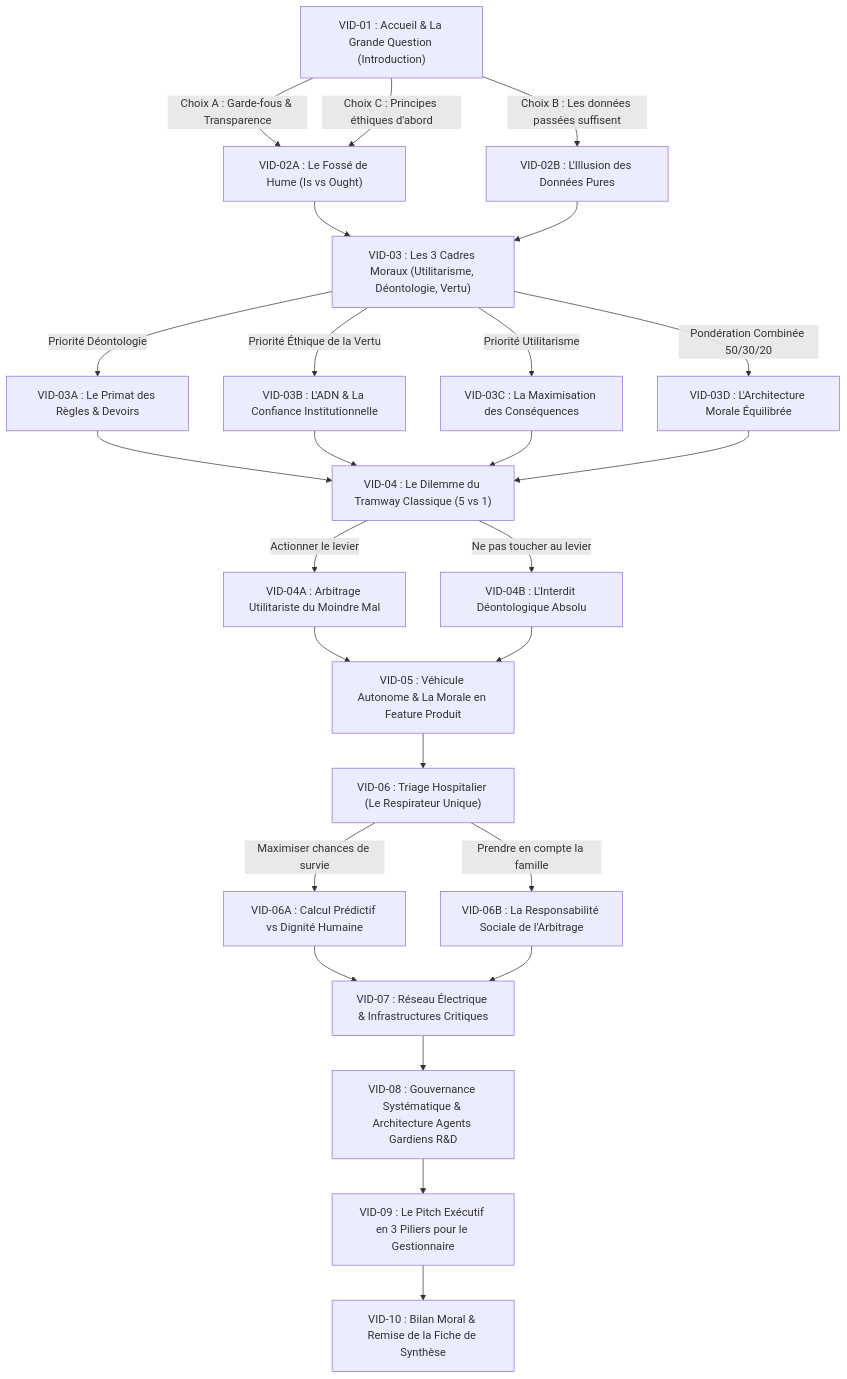
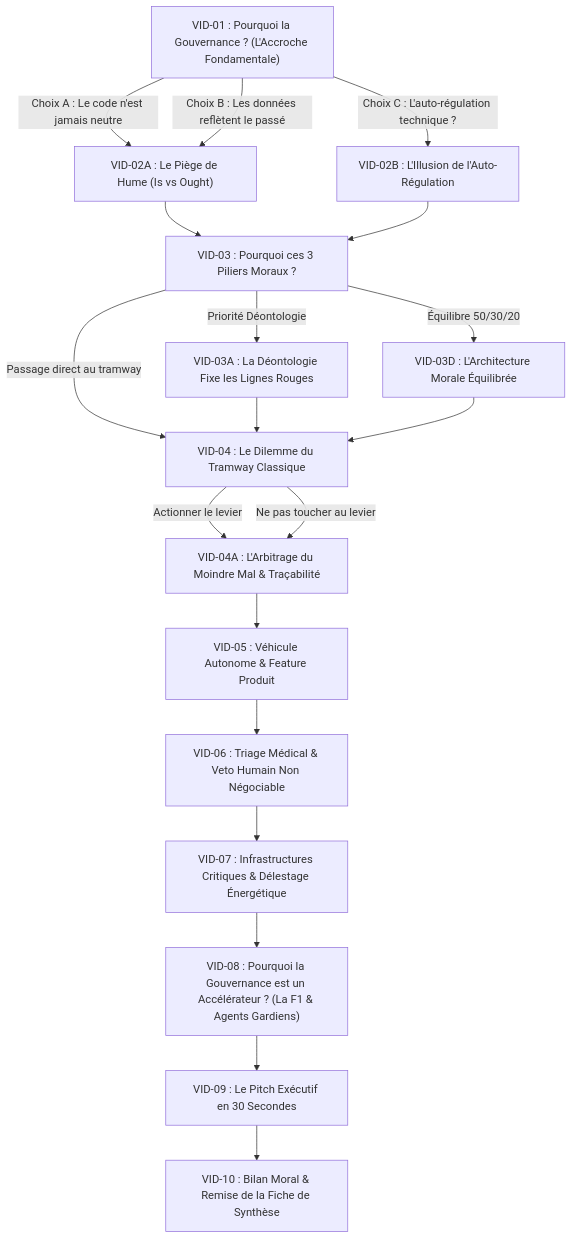
The second of 2 diagrams in Scenarisation_Synthesia_Capsules_Interactives_Ethique_IA.md (mustapha0101/TourGouvernanceSAAQ), drawn with Mermaid before and after one commit. The commit also changed other lines of this file and 1 other file, not shown here.

Commit message:
feat(saaq): cycle interactif vidéo d'abord -> question & options -> réponse IA -> vidéo suivante sous l'angle Pourquoi la gouvernance

````diff
--- a/Scenarisation_Synthesia_Capsules_Interactives_Ethique_IA.md
+++ b/Scenarisation_Synthesia_Capsules_Interactives_Ethique_IA.md
@@ -17,36 +35,26 @@
 ```mermaid
 graph TD
-    VID01["VID-01 : Accueil & La Grande Question (Introduction)"] --> |Choix A : Garde-fous & Transparence| VID02A["VID-02A : Le Fossé de Hume (Is vs Ought)"]
-    VID01 --> |Choix B : Les données passées suffisent| VID02B["VID-02B : L'Illusion des Données Pures"]
-    VID01 --> |Choix C : Principes éthiques d'abord| VID02A
+    VID01["VID-01 : Pourquoi la Gouvernance ? (L'Accroche Fondamentale)"] -->|Choix A : Le code n'est jamais neutre| VID02A["VID-02A : Le Piège de Hume (Is vs Ought)"]
+    VID01 -->|Choix B : Les données reflètent le passé| VID02A
+    VID01 -->|Choix C : L'auto-régulation technique ?| VID02B["VID-02B : L'Illusion de l'Auto-Régulation"]
     
-    VID02A --> VID03["VID-03 : Les 3 Cadres Moraux (Utilitarisme, Déontologie, Vertu)"]
+    VID02A --> VID03["VID-03 : Pourquoi ces 3 Piliers Moraux ?"]
     VID02B --> VID03
     
-    VID03 --> |Priorité Déontologie| VID03A["VID-03A : Le Primat des Règles & Devoirs"]
-    VID03 --> |Priorité Éthique de la Vertu| VID03B["VID-03B : L'ADN & La Confiance Institutionnelle"]
-    VID03 --> |Priorité Utilitarisme| VID03C["VID-03C : La Maximisation des Conséquences"]
-    VID03 --> |Pondération Combinée 50/30/20| VID03D["VID-03D : L'Architecture Morale Équilibrée"]
+    VID03 -->|Priorité Déontologie| VID03A["VID-03A : La Déontologie Fixe les Lignes Rouges"]
+    VID03 -->|Équilibre 50/30/20| VID03D["VID-03D : L'Architecture Morale Équilibrée"]
+    VID03 -->|Passage direct au tramway| VID04["VID-04 : Le Dilemme du Tramway Classique"]
     
-    VID03A --> VID04["VID-04 : Le Dilemme du Tramway Classique (5 vs 1)"]
-    VID03B --> VID04
-    VID03C --> VID04
+    VID03A --> VID04
     VID03D --> VID04
     
-    VID04 --> |Actionner le levier| VID04A["VID-04A : Arbitrage Utilitariste du Moindre Mal"]
-    VID04 --> |Ne pas toucher au levier| VID04B["VID-04B : L'Interdit Déontologique Absolu"]
+    VID04 -->|Actionner le levier| VID04A["VID-04A : L'Arbitrage du Moindre Mal & Traçabilité"]
+    VID04 -->|Ne pas toucher au levier| VID04A
     
-    VID04A --> VID05["VID-05 : Véhicule Autonome & La Morale en Feature Produit"]
-    VID04B --> VID05
-    
-    VID05 --> VID06["VID-06 : Triage Hospitalier (Le Respirateur Unique)"]
-    VID06 --> |Maximiser chances de survie| VID06A["VID-06A : Calcul Prédictif vs Dignité Humaine"]
-    VID06 --> |Prendre en compte la famille| VID06B["VID-06B : La Responsabilité Sociale de l'Arbitrage"]
-    
-    VID06A --> VID07["VID-07 : Réseau Électrique & Infrastructures Critiques"]
-    VID06B --> VID07
-    
-    VID07 --> VID08["VID-08 : Gouvernance Systématique & Architecture Agents Gardiens R&D"]
-    VID08 --> VID09["VID-09 : Le Pitch Exécutif en 3 Piliers pour le Gestionnaire"]
+    VID04A --> VID05["VID-05 : Véhicule Autonome & Feature Produit"]
+    VID05 --> VID06["VID-06 : Triage Médical & Veto Humain Non Négociable"]
+    VID06 --> VID07["VID-07 : Infrastructures Critiques & Délestage Énergétique"]
+    VID07 --> VID08["VID-08 : Pourquoi la Gouvernance est un Accélérateur ? (La F1 & Agents Gardiens)"]
+    VID08 --> VID09["VID-09 : Le Pitch Exécutif en 30 Secondes"]
     VID09 --> VID10["VID-10 : Bilan Moral & Remise de la Fiche de Synthèse"]
 ```
````
